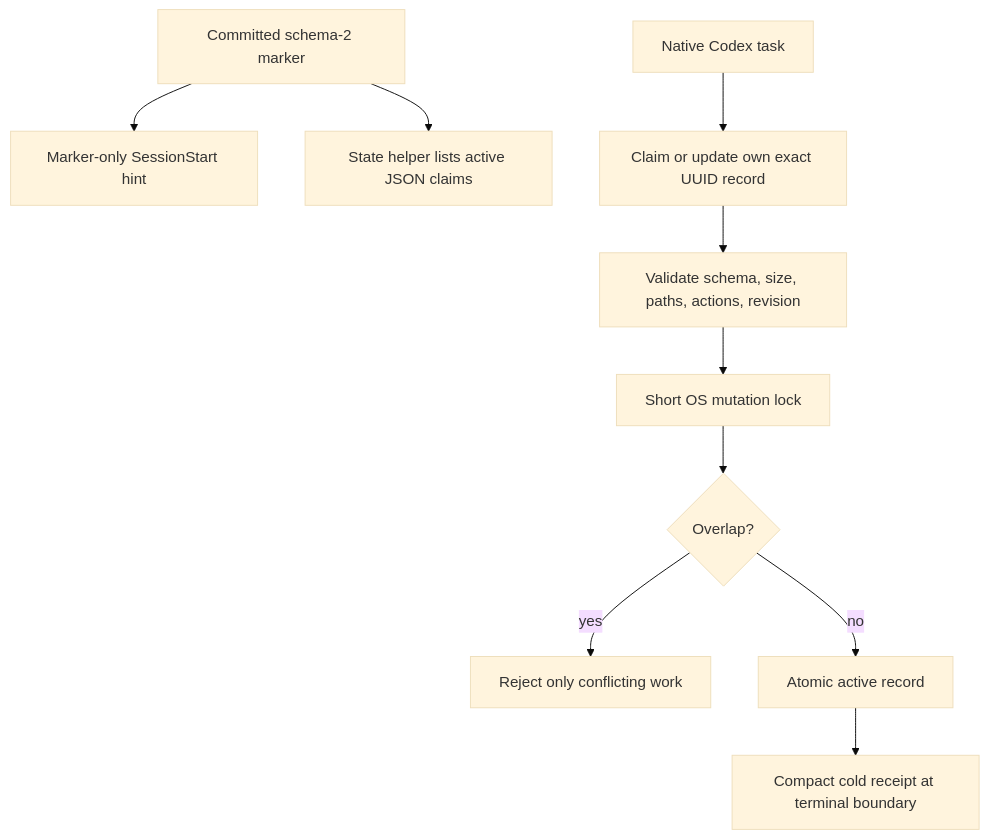
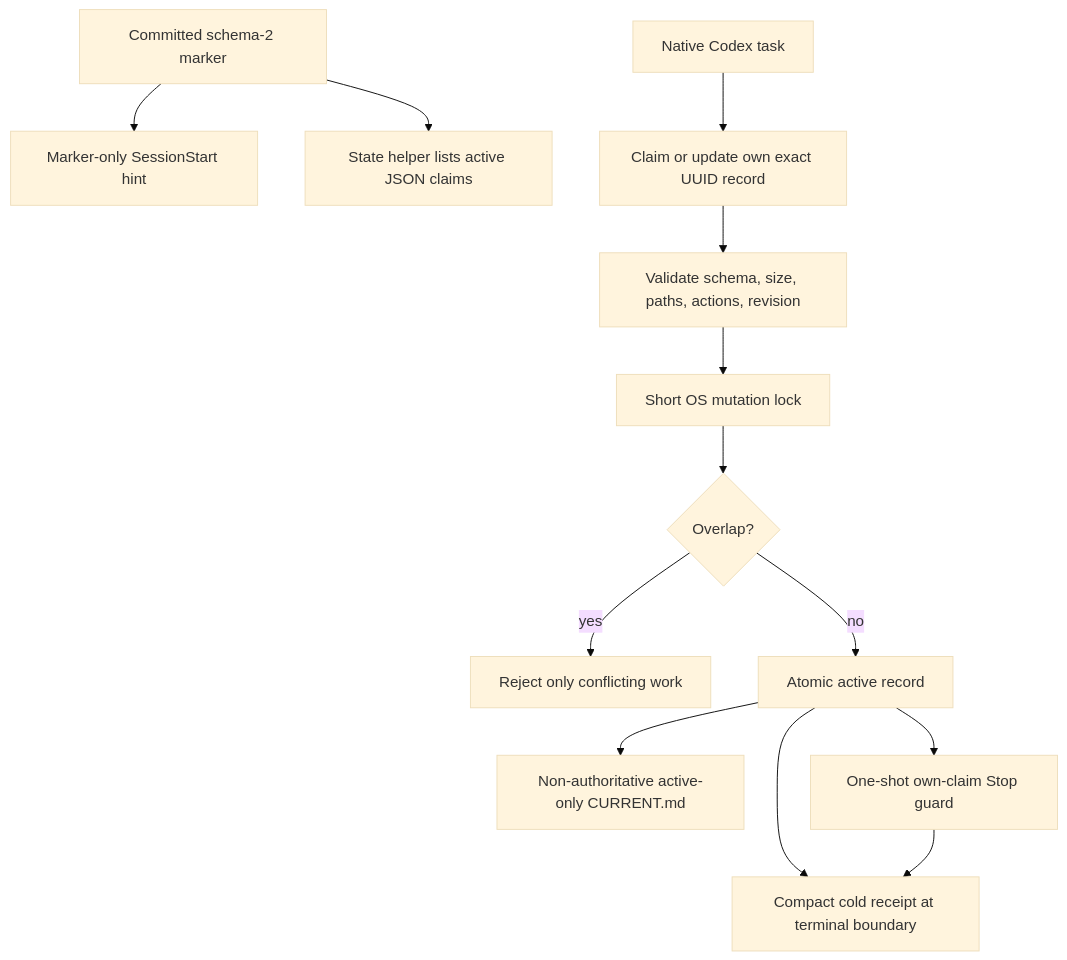
The diagram in docs/codebase/ARCHITECTURE.md (eyeinthesky6/codex-coordinator), drawn with Mermaid (base theme) before and after one commit. The commit also changed other lines of this file and 40 other files, not shown here.

````diff
--- a/docs/codebase/ARCHITECTURE.md
+++ b/docs/codebase/ARCHITECTURE.md
@@ -21,12 +22,15 @@
 ```mermaid
 flowchart TD
     M["Committed schema-2 marker"] --> H["Marker-only SessionStart hint"]
     M --> L["State helper lists active JSON claims"]
     T["Native Codex task"] --> C["Claim or update own exact UUID record"]
     C --> V["Validate schema, size, paths, actions, revision"]
     V --> K["Short OS mutation lock"]
     K --> X{"Overlap?"}
     X -- "yes" --> S["Reject only conflicting work"]
     X -- "no" --> A["Atomic active record"]
+    A --> P["Non-authoritative active-only CURRENT.md"]
     A --> R["Compact cold receipt at terminal boundary"]
+    A --> G["One-shot own-claim Stop guard"]
+    G --> R
 ```
````
